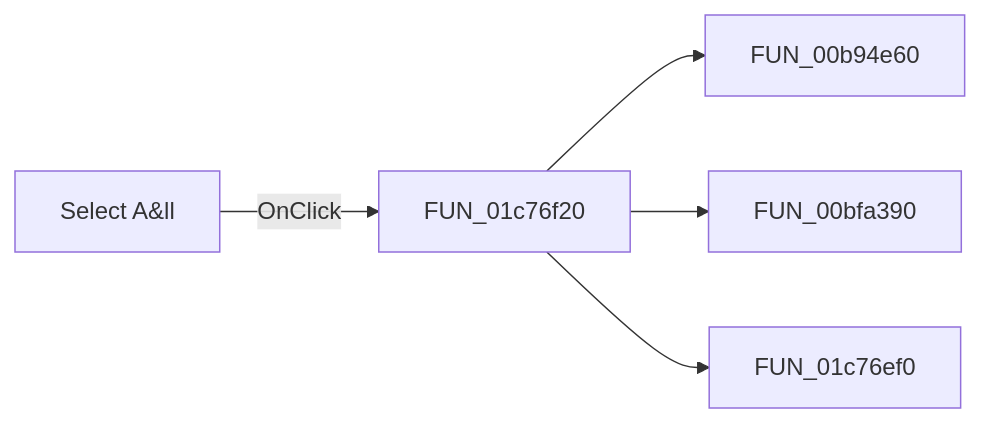
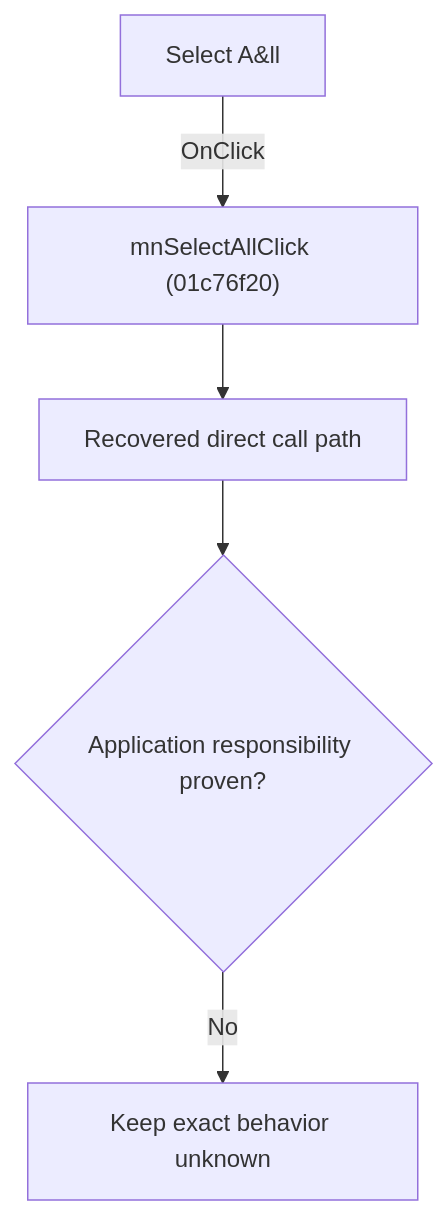
The diagram in docs/ui-controls/schematiceditor/mnselectall-2511ff97cf.md (MovGP0/TIARA), drawn with Mermaid before and after one commit. The commit also changed other lines of this file and 1062 other files, not shown here.

````diff
--- a/docs/ui-controls/schematiceditor/mnselectall-2511ff97cf.md
+++ b/docs/ui-controls/schematiceditor/mnselectall-2511ff97cf.md
@@ -27,7 +27,7 @@
 ```mermaid
-flowchart LR
-    control["Select A&ll"] -->|OnClick| handler["FUN_01c76f20"]
-    handler --> call1["FUN_00b94e60"]
-    handler --> call2["FUN_00bfa390"]
-    handler --> call3["FUN_01c76ef0"]
+flowchart TD
+    control["Select A&ll"] -->|"OnClick"| handler["mnSelectAllClick (01c76f20)"]
+    handler --> recovered["Recovered direct call path"]
+    recovered --> gap{"Application responsibility proven?"}
+    gap -->|"No"| blocked["Keep exact behavior unknown"]
 ```
````
